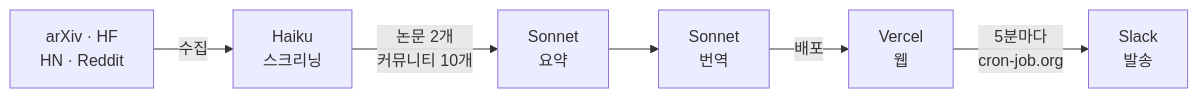
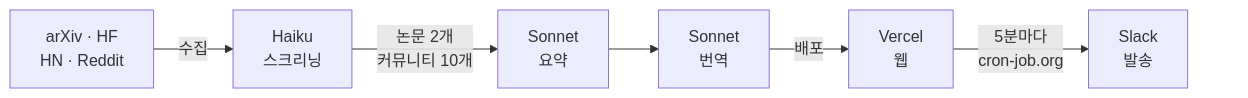
The diagram in README.ko.md (kangraemin/ai-paper-digest), drawn with Mermaid before and after one commit. The commit also changed 1 other file, not shown here.

Commit message:
docs: 파이프라인 다이어그램 우측 여백 확보 (투명 노드 추가)

````diff
--- a/README.ko.md
+++ b/README.ko.md
@@ -37,8 +37,10 @@
 ```mermaid
 flowchart LR
     A[arXiv · HF\nHN · Reddit] -->|수집| B[Haiku\n스크리닝]
     B -->|논문 2개\n커뮤니티 10개| C[Sonnet\n요약]
     C --> D[Sonnet\n번역]
     D -->|배포| E[Vercel\n웹]
     E -->|5분마다\ncron-job.org| F[Slack\n발송]
+    F ~~~ G[ ]:::invis
+    classDef invis display:none
 ```
````
